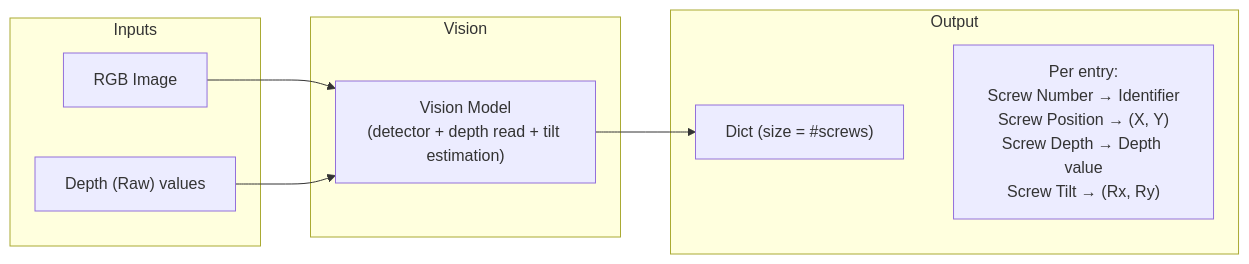
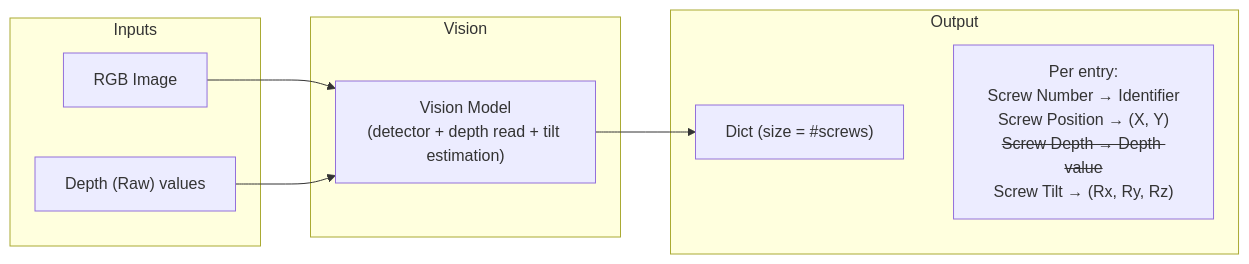
The second of 2 diagrams in VISION_PIPELINE_FLOW.md (ShoaibSajid/PM), drawn with Mermaid before and after one commit.

Commit message:
Strike out Screw Depth → Depth value in Vision I/O diagram

````diff
--- a/VISION_PIPELINE_FLOW.md
+++ b/VISION_PIPELINE_FLOW.md
@@ -94,21 +94,21 @@
 ```mermaid
 flowchart LR
   subgraph Inputs["Inputs"]
     RGB["RGB Image"]
     DEPTH["Depth (Raw) values"]
   end
 
   subgraph Vision["Vision"]
     VM["Vision Model<br/>(detector + depth read + tilt estimation)"]
   end
 
   subgraph Output["Output"]
     D["Dict (size = #screws)"]
-    STRUCT["Per entry:<br/>Screw Number → Identifier<br/>Screw Position → (X, Y)<br/>Screw Depth → Depth value<br/>Screw Tilt → (Rx, Ry)"]
+    STRUCT["Per entry:<br/>Screw Number → Identifier<br/>Screw Position → (X, Y)<br/><s>Screw Depth → Depth value</s><br/>Screw Tilt → (Rx, Ry, Rz)"]
     D ~~~ STRUCT
   end
 
   RGB --> VM
   DEPTH --> VM
   VM --> D
 ```
````
